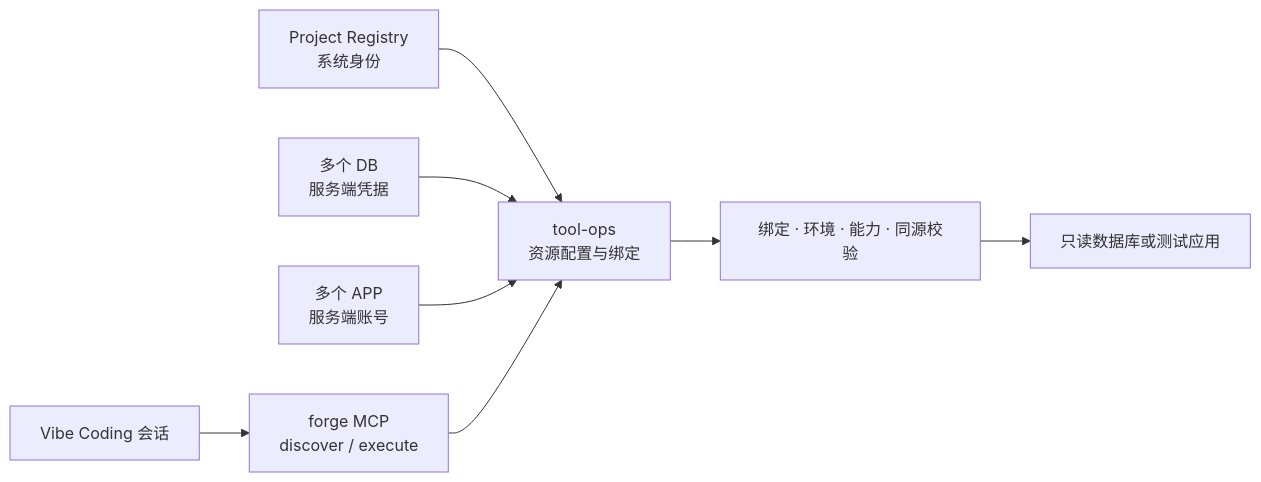
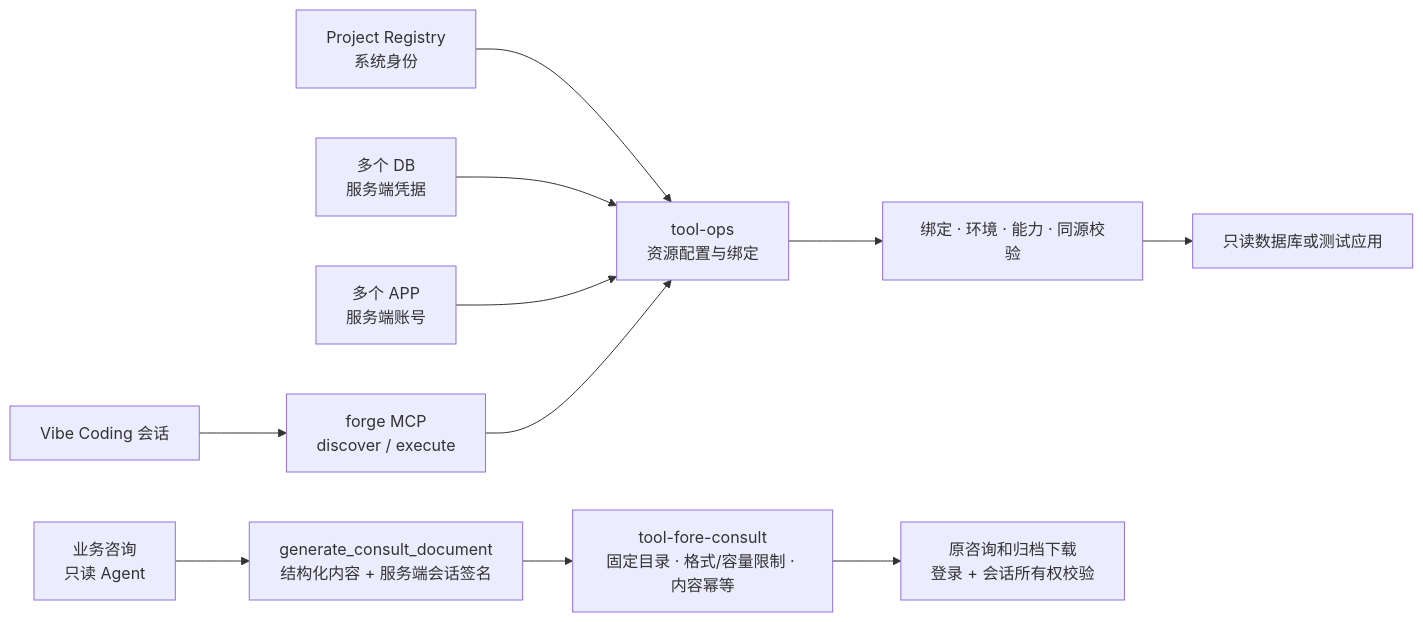
Before and after one commit to exception-coder/kai-toolbox: the eighth of 12 diagrams in docs/ai-coding-architecture.md, drawn with Mermaid. The commit also changed other lines of this file and 34 other files, not shown here.

First line of the commit message:
feat(fore-consult): 支持受控生成和下载 Office 文档

````diff
--- a/docs/ai-coding-architecture.md
+++ b/docs/ai-coding-architecture.md
@@ -369,10 +369,13 @@
 ```mermaid
 flowchart LR
     REGISTRY["Project Registry<br/>系统身份"] --> BINDING["tool-ops<br/>资源配置与绑定"]
     DB["多个 DB<br/>服务端凭据"] --> BINDING
     APP["多个 APP<br/>服务端账号"] --> BINDING
     SESSION["Vibe Coding 会话"] --> FORGE["forge MCP<br/>discover / execute"]
     FORGE --> BINDING
     BINDING --> POLICY["绑定 · 环境 · 能力 · 同源校验"]
     POLICY --> TARGET["只读数据库或测试应用"]
+    CONSULT["业务咨询<br/>只读 Agent"] --> DOC_TOOL["generate_consult_document<br/>结构化内容 + 服务端会话签名"]
+    DOC_TOOL --> DOC_STORE["tool-fore-consult<br/>固定目录 · 格式/容量限制 · 内容幂等"]
+    DOC_STORE --> DOC_DOWNLOAD["原咨询和归档下载<br/>登录 + 会话所有权校验"]
 ```
````
